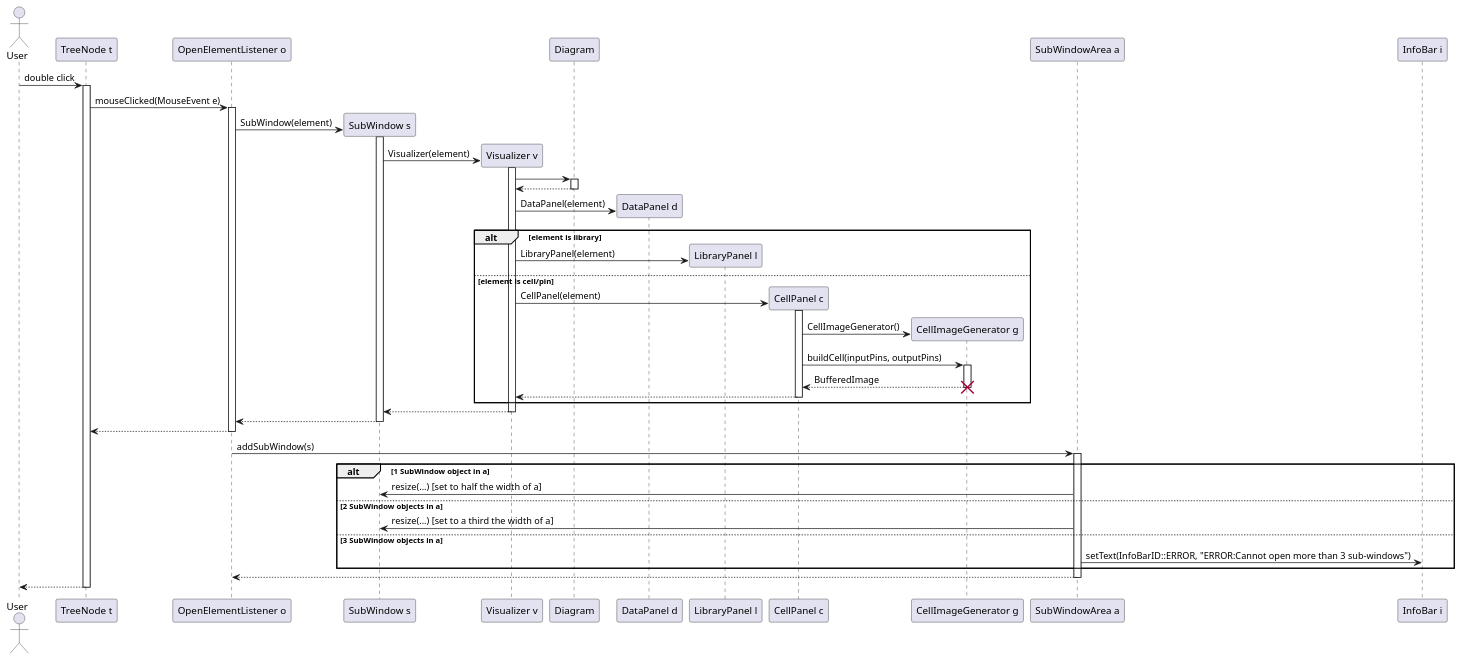
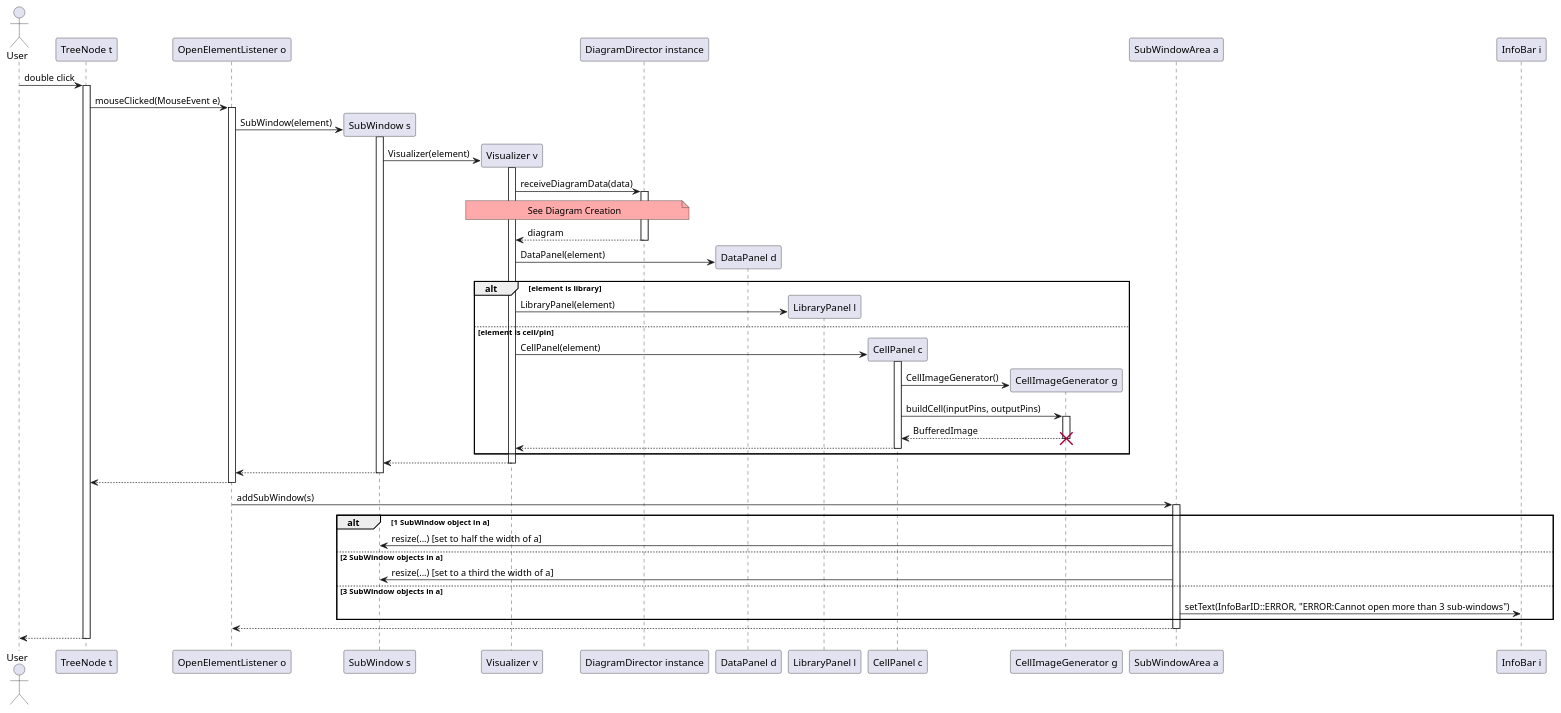
The diagram in Design Phase/SequenceDiagrams/FR-4.wsd (AlpTorac/PSE-Report), drawn with PlantUML before and after one commit.

Commit message:
Added Diagram Creation to sequence diagram of FR-4

```diff
--- a/Design Phase/SequenceDiagrams/FR-4.wsd
+++ b/Design Phase/SequenceDiagrams/FR-4.wsd
@@ -1,40 +1,42 @@
 @startuml FR-4
 skinparam responseMessageBelowArrow true
     actor User
     User -> "TreeNode t" ++ : double click
     "TreeNode t" -> "OpenElementListener o" ++ : mouseClicked(MouseEvent e)
     "OpenElementListener o" -> "SubWindow s" ** : SubWindow(element)
     activate "SubWindow s"
     "SubWindow s" -> "Visualizer v" **  : Visualizer(element)
     activate "Visualizer v"
-    'TODO generate diagram/cell representation
-    "Visualizer v" -> Diagram ++
-    return
+    "Visualizer v" -> "DiagramDirector instance" ++: receiveDiagramData(data)
+    note over "DiagramDirector instance", "Visualizer v"#FFAAAA
+    See Diagram Creation
+    end note
+    return diagram
     
     "Visualizer v" -> "DataPanel d" ** : DataPanel(element)
     alt element is library
     "Visualizer v" -> "LibraryPanel l" ** : LibraryPanel(element)
     else element is cell/pin
     "Visualizer v" -> "CellPanel c" ** : CellPanel(element)
     activate "CellPanel c"
     "CellPanel c" -> "CellImageGenerator g" ** : CellImageGenerator()
     "CellPanel c" -> "CellImageGenerator g" ++ : buildCell(inputPins, outputPins)
     return BufferedImage
     destroy "CellImageGenerator g"
     return
     end
     return
     return
     return
 
     "OpenElementListener o" -> "SubWindowArea a" ++ : addSubWindow(s)
     alt 1 SubWindow object in a
     "SubWindowArea a" -> "SubWindow s" : resize(...) [set to half the width of a]
     else 2 SubWindow objects in a
     "SubWindowArea a" -> "SubWindow s" : resize(...) [set to a third the width of a]
     else 3 SubWindow objects in a
     "SubWindowArea a" -> "InfoBar i" : setText(InfoBarID::ERROR, "ERROR:Cannot open more than 3 sub-windows")
     end
     return
     return
 @enduml
```
